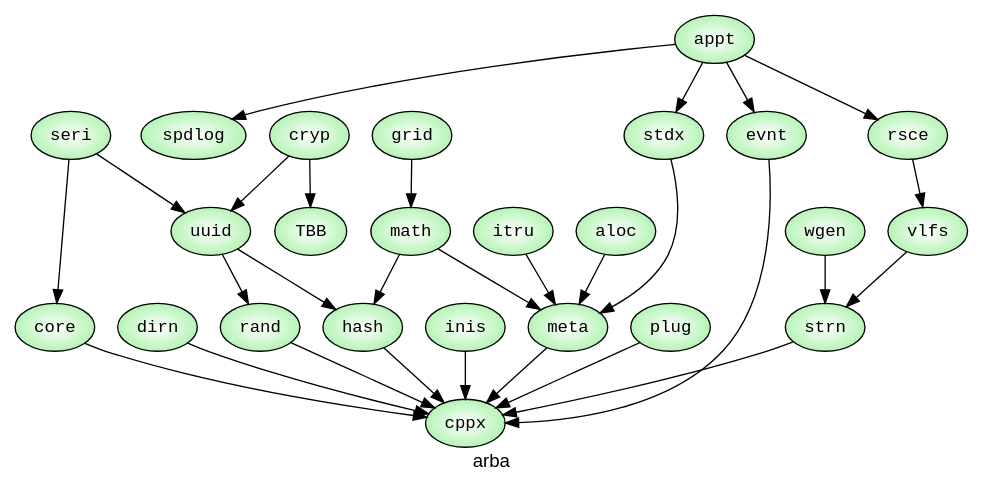
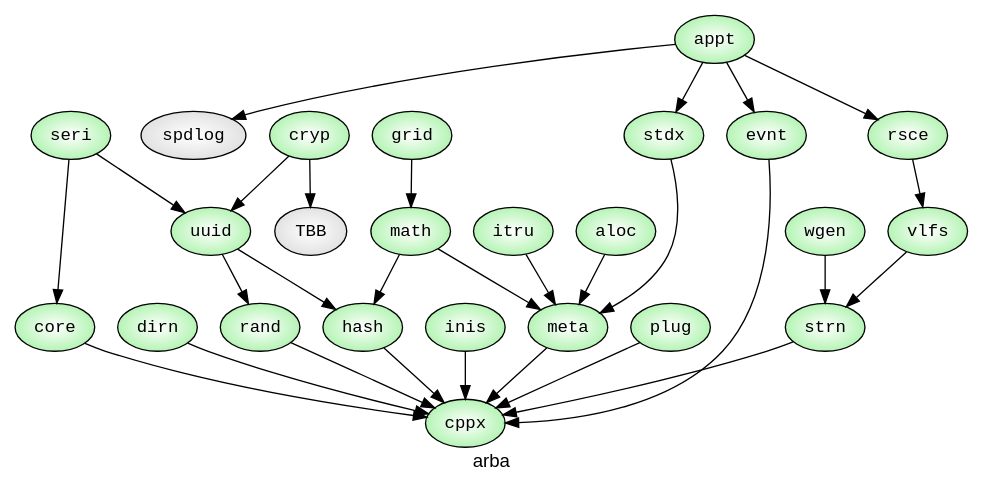
One commit to arapelle/arba changed the diagram in script/graph.gv. Above: the diagram before and after it, drawn with Graphviz. The commit also changed 2 other files, not shown here.

```diff
--- a/script/graph.gv
+++ b/script/graph.gv
@@ -1,86 +1,109 @@
 
 # To generate svg: dot -Tsvg graph.gv > graph.svg
 
 digraph G
 {
 #  rankdir = LR;
   graph [fontname = "helvetica"];
   node [style=radial, fillcolor="white:lightgreen"];
   node [fontname="monospace"; fontsize=13];
   edge [fontname="helvetica"];
   label = arba;
+  # nodes
+  cppx;core;dirn;evnt;hash;inis;meta;plug;rand;strn;math;uuid;aloc;itru;stdx;vlfs;wgen;grid;cryp;seri;rsce;appt
+  TBB [style=radial, fillcolor="white:lightgrey"];spdlog [style=radial, fillcolor="white:lightgrey"]
   # arrows
 # cppx:
 
-
 # core:
 core -> cppx
-
 # dirn:
 dirn -> cppx
-
 # evnt:
 evnt -> cppx
-
 # hash:
 hash -> cppx
-
 # inis:
 inis -> cppx
-
 # meta:
 meta -> cppx
-
 # plug:
 plug -> cppx
-
 # rand:
 rand -> cppx
-
 # strn:
 strn -> cppx
-
 # math:
 math -> meta
 math -> hash
-
 # uuid:
 uuid -> hash
 uuid -> rand
-
 # aloc:
 aloc -> meta
-
 # itru:
 itru -> meta
-
 # stdx:
 stdx -> meta
-
 # vlfs:
 vlfs -> strn
-
 # wgen:
 wgen -> strn
-
 # grid:
 grid -> math
-
 # cryp:
 cryp -> uuid
-cryp -> TBB
 # seri:
 seri -> core
 seri -> uuid
-
 # rsce:
 rsce -> vlfs
-
 # appt:
 appt -> stdx
 appt -> rsce
 appt -> evnt
+# cppx:
+
+# core:
+
+# dirn:
+
+# evnt:
+
+# hash:
+
+# inis:
+
+# meta:
+
+# plug:
+
+# rand:
+
+# strn:
+
+# math:
+
+# uuid:
+
+# aloc:
+
+# itru:
+
+# stdx:
+
+# vlfs:
+
+# wgen:
+
+# grid:
+
+# cryp:
+cryp -> TBB
+# seri:
+
+# rsce:
+
+# appt:
 appt -> spdlog
-  # nodes
-  cppx core dirn evnt hash inis meta plug rand strn math uuid aloc itru stdx vlfs wgen grid cryp seri rsce appt
 }
```
